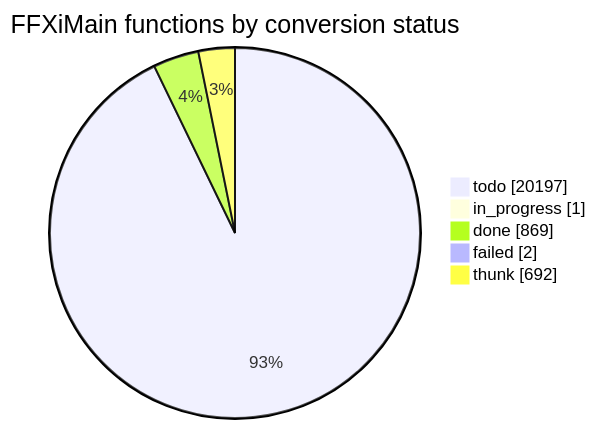
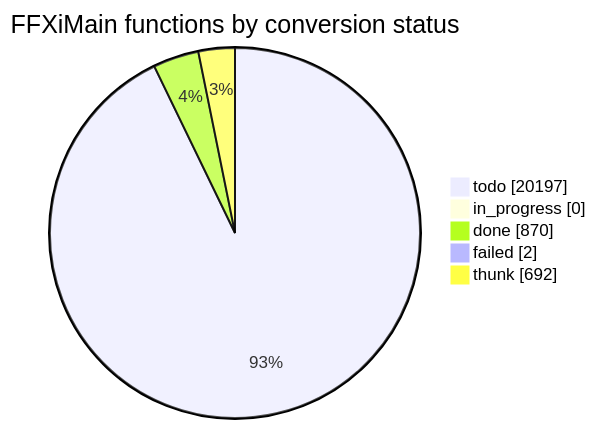
Before and after one commit to cowrevenge/cow_kuluu_xi_anything: the diagram in docs/cow/STATUS.md, drawn with Mermaid. The commit also changed other lines of this file and 9 other files, not shown here.

````diff
--- a/docs/cow/STATUS.md
+++ b/docs/cow/STATUS.md
@@ -18,9 +18,9 @@
 ```mermaid
 pie showData
     title FFXiMain functions by conversion status
     "todo" : 20197
-    "in_progress" : 1
-    "done" : 869
+    "in_progress" : 0
+    "done" : 870
     "failed" : 2
     "thunk" : 692
 ```
````
